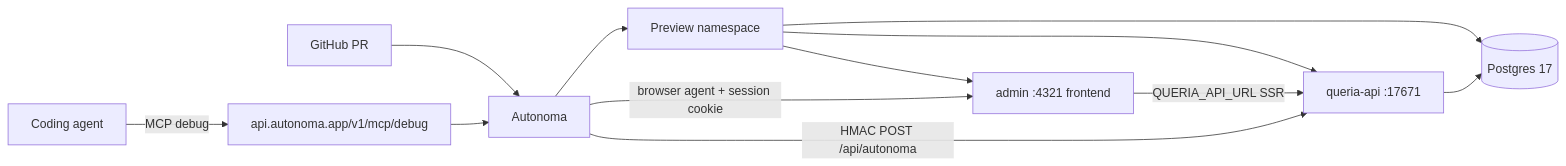
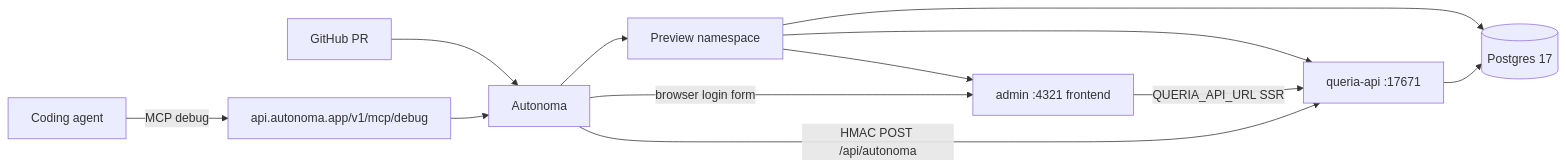
Before and after one commit to nandocoeg2/queria-backend: the diagram in docs/superpowers/specs/2026-07-18-autonoma-maximization-design.md, drawn with Mermaid. The commit also changed other lines of this file, not shown here.

````diff
--- a/docs/superpowers/specs/2026-07-18-autonoma-maximization-design.md
+++ b/docs/superpowers/specs/2026-07-18-autonoma-maximization-design.md
@@ -43,14 +42,14 @@
 ```mermaid
 flowchart LR
   PR[GitHub PR] --> Auto[Autonoma]
   Auto --> Preview[Preview namespace]
   Preview --> Admin[admin :4321 frontend]
   Preview --> API[queria-api :17671]
   Preview --> PG[(Postgres 17)]
   Admin -->|QUERIA_API_URL SSR| API
   API --> PG
   Auto -->|HMAC POST /api/autonoma| API
-  Auto -->|browser agent + session cookie| Admin
+  Auto -->|browser login form| Admin
   Agent[Coding agent] -->|MCP debug| AutoMCP[api.autonoma.app/v1/mcp/debug]
   AutoMCP --> Auto
 ```
````
